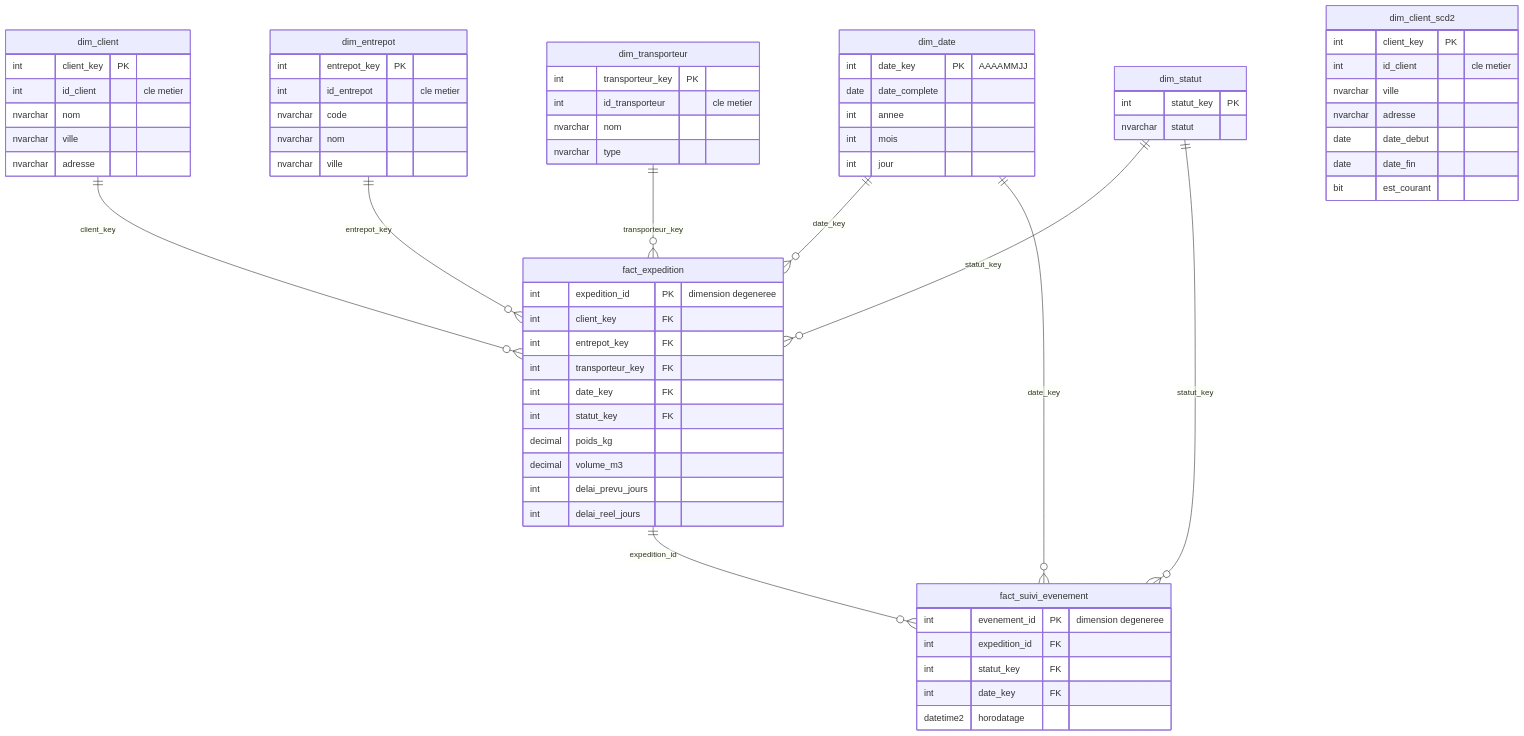
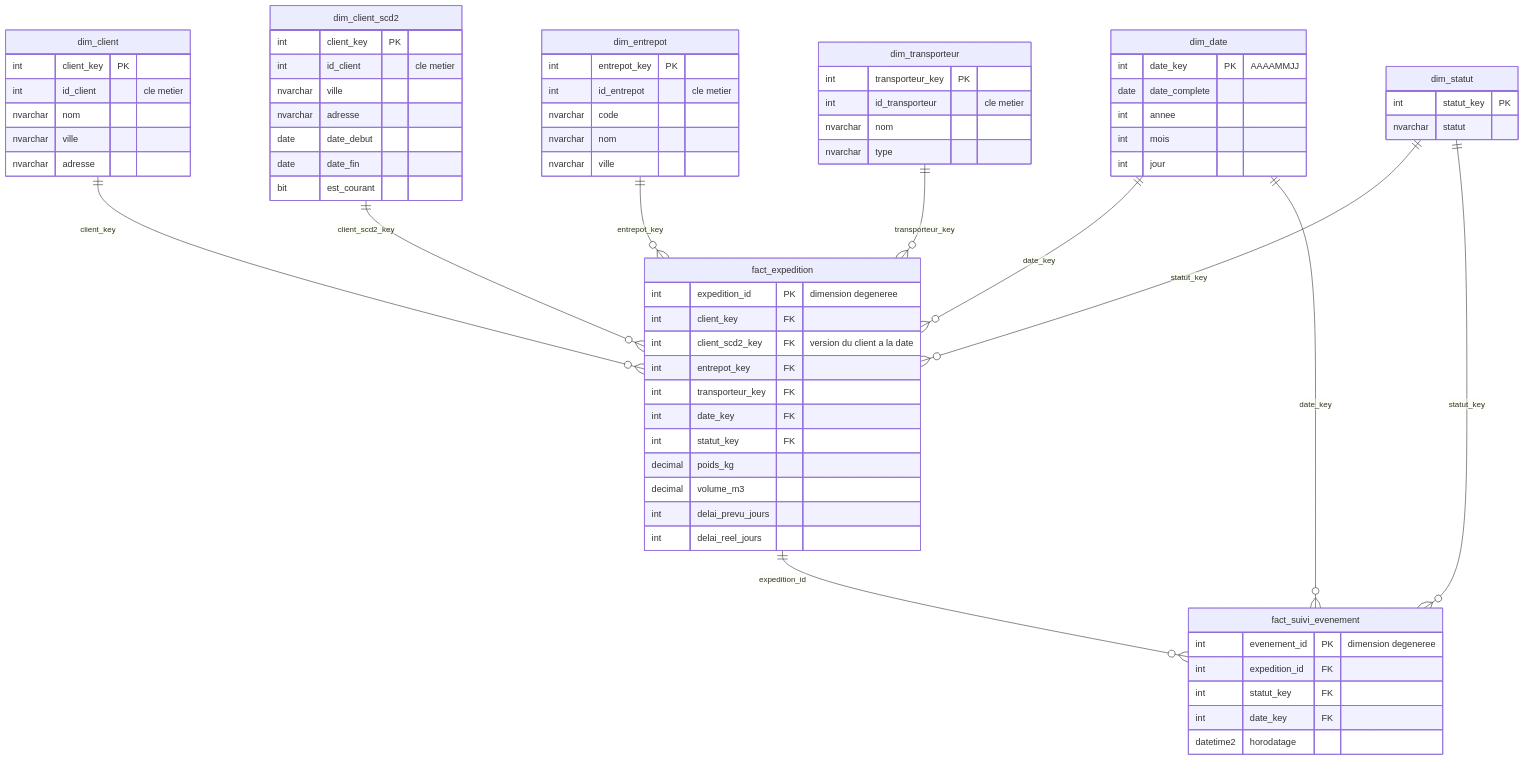
Before and after one commit to Chekroun2004/translog-etl-ssis: the second of 2 diagrams in README.md, drawn with Mermaid. The commit also changed other lines of this file and 4 other files, not shown here.

Commit message:
P3 : liaison des faits a la version SCD2 du client

````diff
--- a/README.md
+++ b/README.md
@@ -64,71 +64,73 @@
 ```mermaid
 erDiagram
     dim_client ||--o{ fact_expedition : "client_key"
+    dim_client_scd2 ||--o{ fact_expedition : "client_scd2_key"
     dim_entrepot ||--o{ fact_expedition : "entrepot_key"
     dim_transporteur ||--o{ fact_expedition : "transporteur_key"
     dim_date ||--o{ fact_expedition : "date_key"
     dim_statut ||--o{ fact_expedition : "statut_key"
     fact_expedition ||--o{ fact_suivi_evenement : "expedition_id"
     dim_statut ||--o{ fact_suivi_evenement : "statut_key"
     dim_date ||--o{ fact_suivi_evenement : "date_key"
 
     fact_expedition {
         int expedition_id PK "dimension degeneree"
         int client_key FK
+        int client_scd2_key FK "version du client a la date"
         int entrepot_key FK
         int transporteur_key FK
         int date_key FK
         int statut_key FK
         decimal poids_kg
         decimal volume_m3
         int delai_prevu_jours
         int delai_reel_jours
     }
     fact_suivi_evenement {
         int evenement_id PK "dimension degeneree"
         int expedition_id FK
         int statut_key FK
         int date_key FK
         datetime2 horodatage
     }
     dim_client {
         int client_key PK
         int id_client "cle metier"
         nvarchar nom
         nvarchar ville
         nvarchar adresse
     }
     dim_client_scd2 {
         int client_key PK
         int id_client "cle metier"
         nvarchar ville
         nvarchar adresse
         date date_debut
         date date_fin
         bit est_courant
     }
     dim_entrepot {
         int entrepot_key PK
         int id_entrepot "cle metier"
         nvarchar code
         nvarchar nom
         nvarchar ville
     }
     dim_transporteur {
         int transporteur_key PK
         int id_transporteur "cle metier"
         nvarchar nom
         nvarchar type
     }
     dim_statut {
         int statut_key PK
         nvarchar statut
     }
     dim_date {
         int date_key PK "AAAAMMJJ"
         date date_complete
         int annee
         int mois
         int jour
     }
 ```
````
